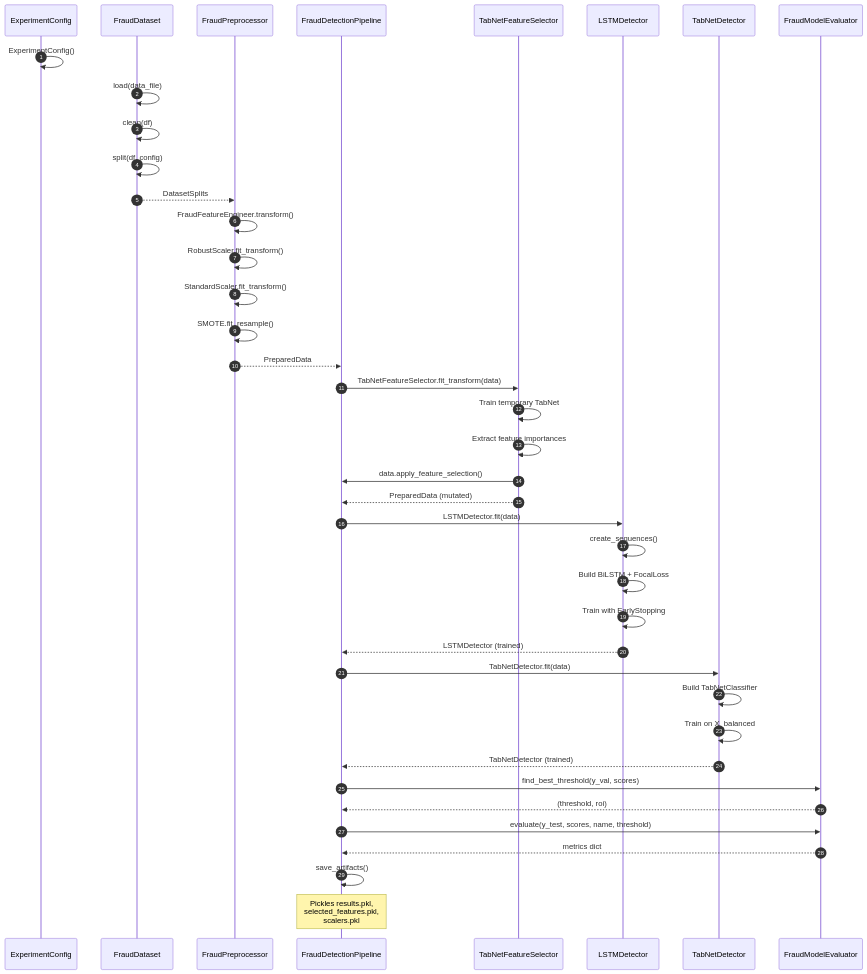
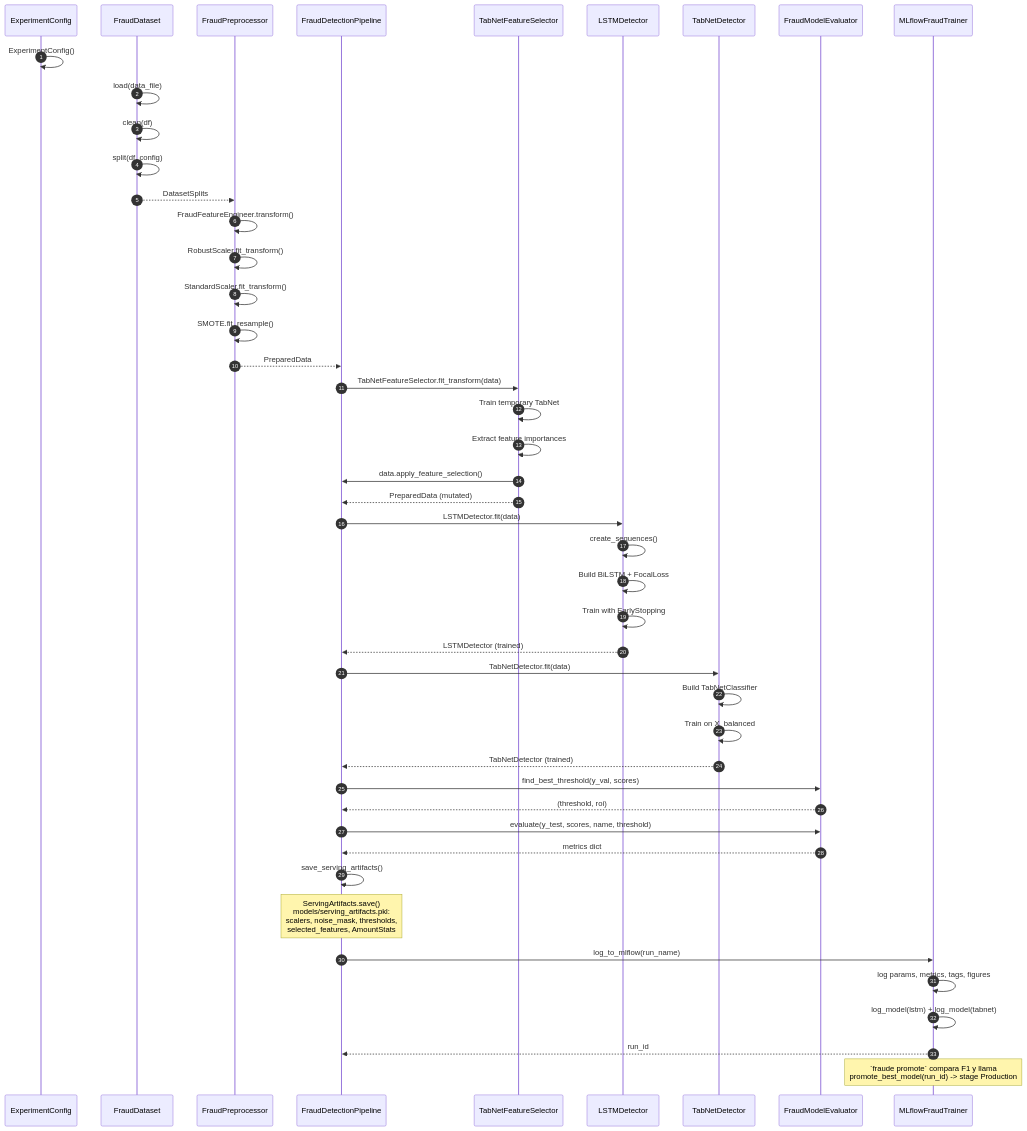
One commit to MauriErick24/MLOPS changed the diagram in docs/uml/sequence_diagram.mmd. Above: the diagram before and after it, drawn with Mermaid. The commit also changed 11 other files, not shown here.

First line of the commit message:
Update docs and diagrams for the serving layer

```diff
--- a/docs/uml/sequence_diagram.mmd
+++ b/docs/uml/sequence_diagram.mmd
@@ -1,48 +1,56 @@
 sequenceDiagram
     autonumber
     participant C as ExperimentConfig
     participant FD as FraudDataset
     participant FP as FraudPreprocessor
     participant P as FraudDetectionPipeline
     participant S as TabNetFeatureSelector
     participant LSTM as LSTMDetector
     participant TN as TabNetDetector
     participant E as FraudModelEvaluator
+    participant MT as MLflowFraudTrainer
 
     C->>C: ExperimentConfig()
     FD->>FD: load(data_file)
     FD->>FD: clean(df)
     FD->>FD: split(df, config)
     FD-->>FP: DatasetSplits
 
     FP->>FP: FraudFeatureEngineer.transform()
     FP->>FP: RobustScaler.fit_transform()
     FP->>FP: StandardScaler.fit_transform()
     FP->>FP: SMOTE.fit_resample()
     FP-->>P: PreparedData
 
     P->>S: TabNetFeatureSelector.fit_transform(data)
     S->>S: Train temporary TabNet
     S->>S: Extract feature importances
     S->>P: data.apply_feature_selection()
     S-->>P: PreparedData (mutated)
 
     P->>LSTM: LSTMDetector.fit(data)
     LSTM->>LSTM: create_sequences()
     LSTM->>LSTM: Build BiLSTM + FocalLoss
     LSTM->>LSTM: Train with EarlyStopping
     LSTM-->>P: LSTMDetector (trained)
 
     P->>TN: TabNetDetector.fit(data)
     TN->>TN: Build TabNetClassifier
     TN->>TN: Train on X_balanced
     TN-->>P: TabNetDetector (trained)
 
     P->>E: find_best_threshold(y_val, scores)
     E-->>P: (threshold, roi)
 
     P->>E: evaluate(y_test, scores, name, threshold)
     E-->>P: metrics dict
 
-    P->>P: save_artifacts()
-    Note over P: Pickles results.pkl,<br/>selected_features.pkl,<br/>scalers.pkl
+    P->>P: save_serving_artifacts()
+    Note over P: ServingArtifacts.save()<br/>models/serving_artifacts.pkl:<br/>scalers, noise_mask, thresholds,<br/>selected_features, AmountStats
+
+    P->>MT: log_to_mlflow(run_name)
+    MT->>MT: log params, metrics, tags, figures
+    MT->>MT: log_model(lstm) + log_model(tabnet)
+    MT-->>P: run_id
+
+    Note over MT: `fraude promote` compara F1 y llama<br/>promote_best_model(run_id) -> stage Production
```
